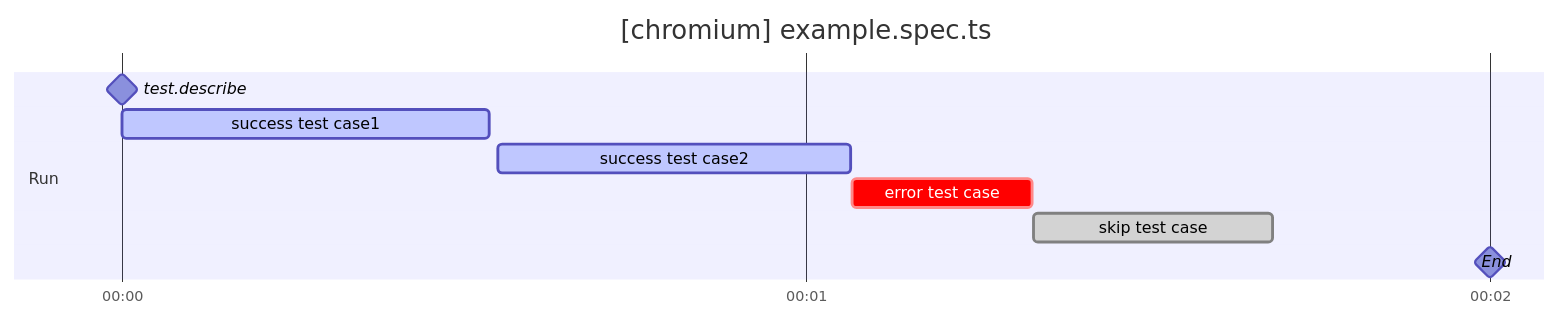
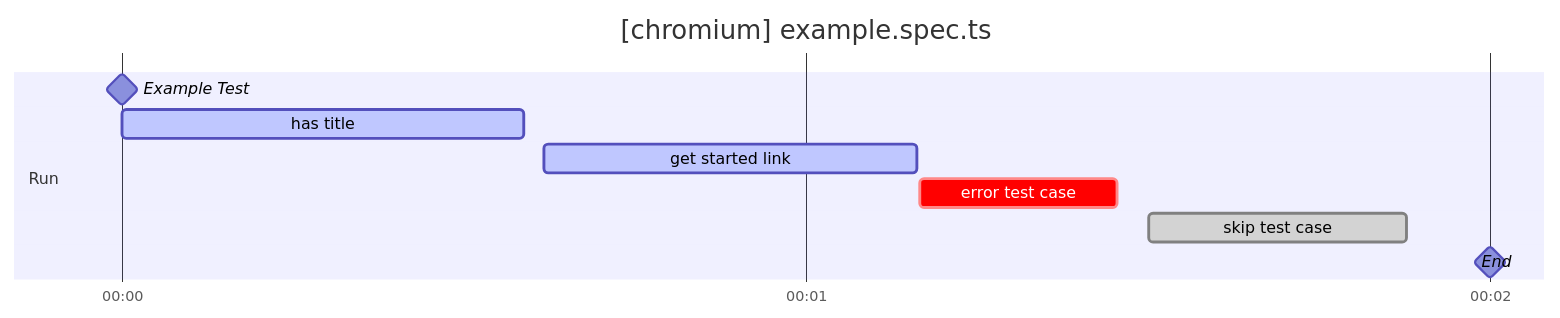
The second of 2 diagrams in README.md (sakamoto66/playwright-markdown-timeline-reporter), drawn with Mermaid before and after one commit. The commit also changed other lines of this file and 1 other file, not shown here.

Commit message:
ass worker graph

````diff
--- a/README.md
+++ b/README.md
@@ -60,17 +144,17 @@
 ```mermaid
 gantt
   title [chromium] example.spec.ts
 
   todayMarker off
   dateFormat  HH:mm:ss
   axisFormat  %H:%M
   tickInterval 1minute
 
   section Run
-    test.describe : milestone, 00:00:00, 0s
-    success test case1: active, 00:00:00, 32.247s
-    success test case2: active, 00:00:33, 30.976s
-    error test case: crit, 00:01:04, 15.828s
-    skip test case: done, 00:01:20, 20.976s
+    Example Test : milestone, 00:00:00, 0s
+    has title: active, 00:00:00, 35.185s
+    get started link: active, 00:00:37, 32.708s
+    error test case: crit, 00:01:10, 17.235s
+    skip test case: done, 00:01:30, 22.677s
     End : milestone, 00:02:00, 0s
 ```
````
